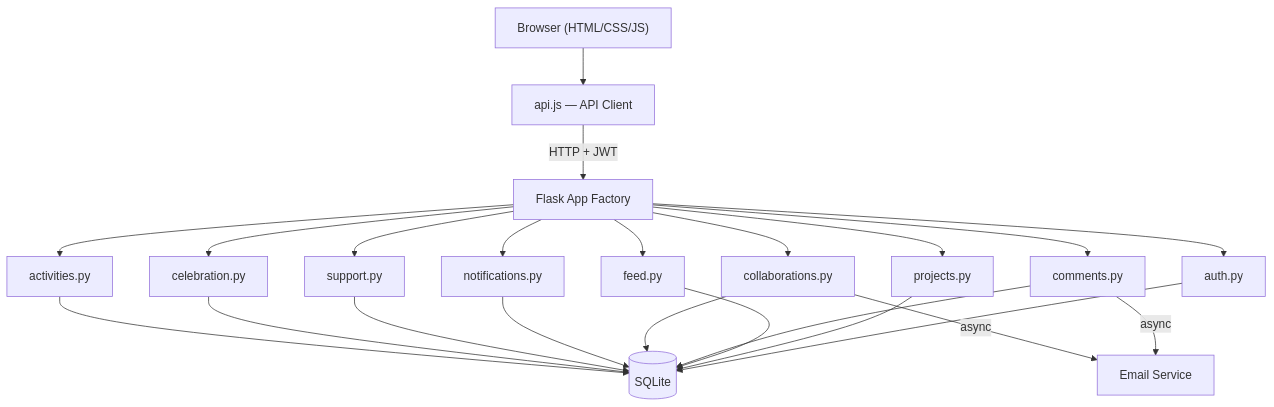
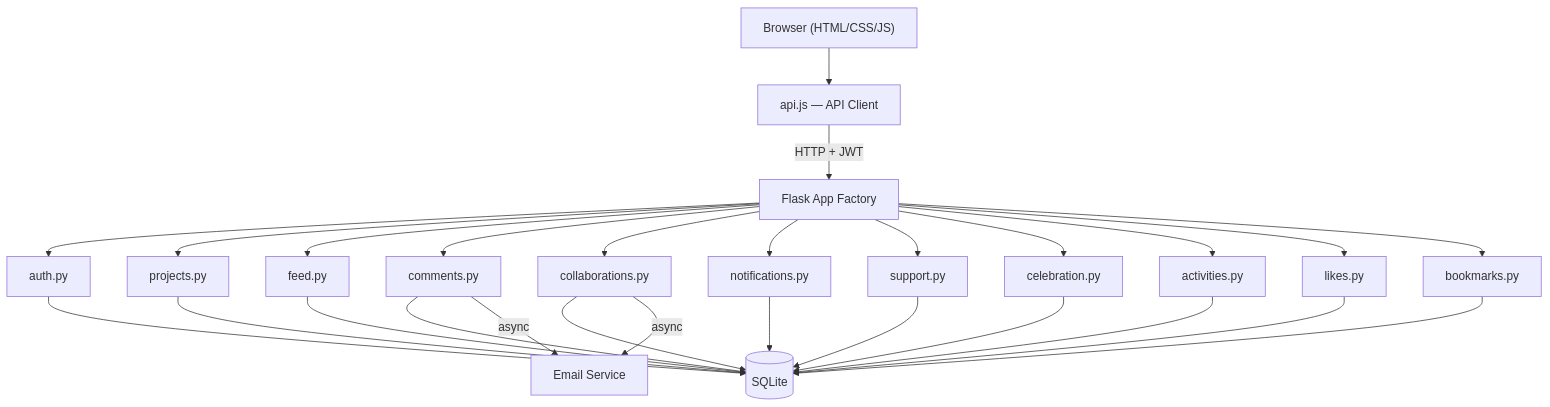
The first of 2 diagrams in README.md (Kaylash07/MzansiBuilds-2.0), drawn with Mermaid before and after one commit. The commit also changed other lines of this file, not shown here.

Commit message:
docs: update README with likes, bookmarks, and updated test counts

````diff
--- a/README.md
+++ b/README.md
@@ -142,33 +154,37 @@
 ```mermaid
 flowchart TD
     Browser["Browser (HTML/CSS/JS)"]
     API["api.js — API Client"]
     Flask["Flask App Factory"]
 
     API -->|HTTP + JWT| Flask
 
     Browser --> API
 
     Flask --> Auth["auth.py"]
     Flask --> Projects["projects.py"]
     Flask --> Feed["feed.py"]
     Flask --> Comments["comments.py"]
     Flask --> Collabs["collaborations.py"]
     Flask --> Notifs["notifications.py"]
     Flask --> Support["support.py"]
     Flask --> Celebration["celebration.py"]
     Flask --> Activities["activities.py"]
+    Flask --> Likes["likes.py"]
+    Flask --> Bookmarks["bookmarks.py"]
 
     Auth --> DB[(SQLite)]
     Projects --> DB
     Feed --> DB
     Comments --> DB
     Collabs --> DB
     Notifs --> DB
     Support --> DB
     Celebration --> DB
     Activities --> DB
+    Likes --> DB
+    Bookmarks --> DB
 
     Comments -->|async| Email["Email Service"]
     Collabs -->|async| Email
 ```
````
